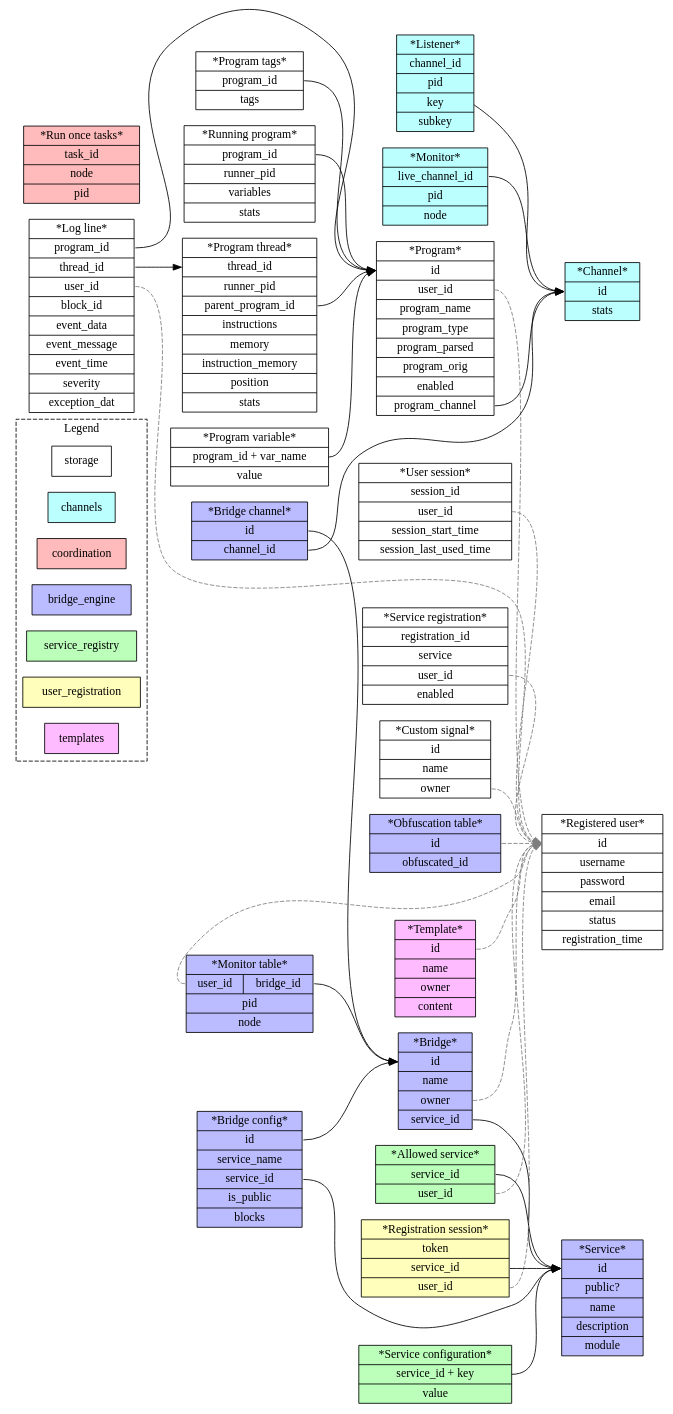
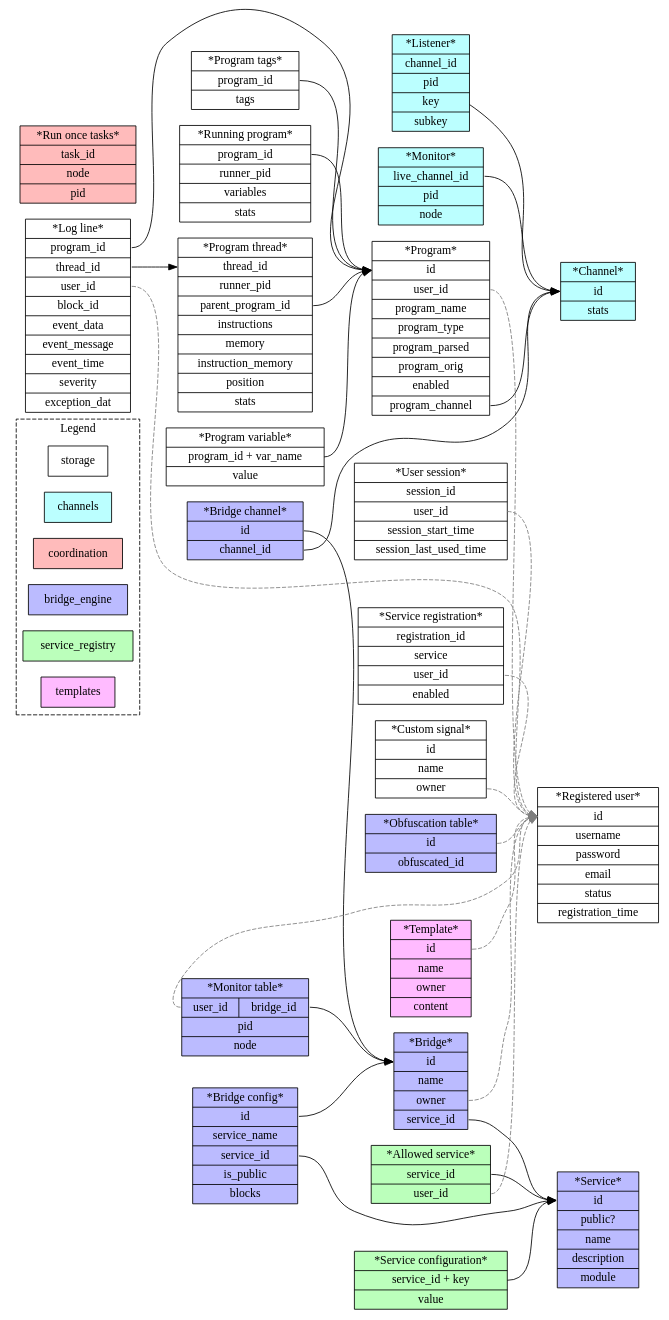
One commit to programaker-project/Programaker-Core changed the diagram in docs/diagrams/db-model.gv. Above: the diagram before and after it, drawn with Graphviz. The commit also changed 7 other files, not shown here.

Commit message:
Remove unused "user registration" module.

```diff
--- a/docs/diagrams/db-model.gv
+++ b/docs/diagrams/db-model.gv
@@ -1,161 +1,150 @@
 digraph g {
   rankdir=LR
   node[shape=record];
   style=dashed;
 
   subgraph cluster_legend {
     label="Legend"
 
     storage;
     channels[style=filled,fillcolor="#bbffff"];
     coordination[style=filled,fillcolor="#ffbbbb"]
     bridge_engine[style=filled,fillcolor="#bbbbff"];
     service_registry[style=filled,fillcolor="#bbffbb"]
-    user_registration[style=filled,fillcolor="#ffffbb"]
     templates[style=filled,fillcolor="#ffbbff"]
   }
 
 
   subgraph group_core_channels {
     label="Channels";
     node[style=filled,fillcolor="#bbffff"];
 
 
     // LIVE_CHANNELS_TABLE | automate_channel_engine_live_channels_table
     live_channels_table_entry[label="*Channel* | <pk> id | stats"];
 
     // LISTENERS_TABLE | automate_channel_engine_listeners_table
     listeners_table_entry[label="*Listener*| <f0> channel_id | pid | key | subkey"];
     listeners_table_entry -> live_channels_table_entry:pk;
 
     // MONITORS_TABLE | automate_channel_engine_monitors_table
     monitors_table_entry[label="*Monitor* | <f0> live_channel_id | pid | node"];
     monitors_table_entry:f0 -> live_channels_table_entry:pk;
   }
 
   subgraph group_core_storage {
     label="Storage";
 
     // REGISTERED_USERS_TABLE | automate_registered_users
     registered_user_entry[label="*Registered user* | <pk> id | username | password | email | status | registration_time"];
 
     // USER_SESSIONS_TABLE | automate_user_sessions
     user_session_entry[label="*User session* | <pk> session_id | <f0> user_id | session_start_time | session_last_used_time"];
     user_session_entry:f0 -> registered_user_entry:pk[style=dashed,color="#7f7f7f"];
 
     // // USER_MONITORS_TABLE | automate_user_monitors
     // monitor_entry[label="*Monitor entry* | <pk> id | <f0> user_id | type | name | value"];
 
     // monitor_entry:f0 -> registered_user_entry:pk[style=dashed,color="#7f7f7f"];
 
     // USER_PROGRAMS_TABLE | automate_user_programs
     user_program_entry[label="*Program* | <pk> id | <f0> user_id | program_name | program_type | program_parsed | program_orig | enabled | <f1> program_channel"];
     user_program_entry:f0 -> registered_user_entry:pk[style=dashed,color="#7f7f7f"];
     user_program_entry:f1 -> live_channels_table_entry:pk;
 
     // USER_PROGRAMS_LOGS_TABLE | automate_user_program_logs
     user_program_logs_entry[label="*Log line* | <f0> program_id | <f1> thread_id | <f2> user_id | block_id | event_data | event_message | event_time | severity | exception_dat"];
     user_program_logs_entry:f0 -> user_program_entry:pk;
     user_program_logs_entry:f2 -> registered_user_entry:pk[style=dashed,color="#7f7f7f"];
 
     // PROGRAM_TAGS_TABLE | automate_program_tags
     program_tags_entry[label="*Program tags* | <f0> program_id | tags"];
     program_tags_entry:f0 -> user_program_entry:pk;
 
     // RUNNING_PROGRAMS_TABLE | automate_running_programs
     running_program_entry[label="*Running program*| <f0> program_id | runner_pid | variables | stats"];
     running_program_entry:f0 -> user_program_entry:pk;
 
     // RUNNING_THREADS_TABLE | automate_running_program_threads
     running_program_thread_entry[label="*Program thread* | <pk> thread_id | runner_pid | <f0> parent_program_id | instructions | memory | instruction_memory | position | stats"];
     user_program_logs_entry:f1 -> running_program_thread_entry:pk;
     running_program_thread_entry:f0 -> user_program_entry:pk;
 
     // REGISTERED_SERVICES_TABLE | automate_registered_services
     registered_service_entry[label="*Service registration* | <pk> registration_id | <f0> service |  <f1> user_id | enabled"];
     registered_service_entry:f1 -> registered_user_entry:pk[style=dashed,color="#7f7f7f"];
 
     // PROGRAM_VARIABLE_TABLE | automate_program_variable_table
     program_variable_table_entry[label="*Program variable* | <f0> program_id + var_name | value"];
     program_variable_table_entry:f0 -> user_program_entry:pk;  // Not sure if user program or running program
 
     // CUSTOM_SIGNALS_TABLE | automate_custom_signals_table
     custom_signal_entry[label="*Custom signal* | <pk> id | name | <f0> owner"];
     custom_signal_entry:f0 -> registered_user_entry:pk[style=dashed,color="#7f7f7f"];
   }
 
   subgraph group_coordination {
     label="Coordination";
     node[style=filled,fillcolor="#ffbbbb"];
 
     // RUN_ONCE_TASKS_TABLE | automate_coordination_run_once_tasks
     run_once_tasks_table_entry[label="*Run once tasks* | <pk> task_id | node | pid"]
   }
 
   subgraph group_bridges {
     label="Bridge engine";
 
     node[style=filled,fillcolor="#bbbbff"]
 
     // SERVICE_PORT_TABLE | automate_service_port_table
     service_port_entry[label="*Bridge* | <pk> id | name | <f0> owner | <f1> service_id"]
     service_port_entry:f0 -> registered_user_entry:pk[style=dashed,color="#7f7f7f"];
     service_port_entry:f1 -> services_table_entry:pk;
 
     // SERVICE_PORT_CONFIGURATION_TABLE | automate_service_port_configuration_table
     service_port_configuration[label="*Bridge config* | <pk> id | service_name | <f0> service_id | is_public | blocks"]
     service_port_configuration:pk -> service_port_entry:pk;
     service_port_configuration:f0 -> services_table_entry:pk
 
 
     // SERVICE_PORT_USERID_OBFUSCATION_TABLE | automate_service_port_userid_obfuscation_table
     service_port_user_obfusction_entry[label="*Obfuscation table* | <pk> id | <f0> obfuscated_id"]
     service_port_user_obfusction_entry:pk -> registered_user_entry:pk[style=dashed,color="#7f7f7f"];
 
     // SERVICE_PORT_CHANNEL_TABLE | automate_service_port_channel_table
     service_port_monitor_channel_entry[label="*Bridge channel* | <pk> id | <f0> channel_id"]
     service_port_monitor_channel_entry:pk -> service_port_entry:pk;
     service_port_monitor_channel_entry:f0 -> live_channels_table_entry:pk;
 
     // SERVICE_PORT_CHANNEL_MONITORS_TABLE | automate_service_port_channel_monitors_table
     channel_monitor_table_entry[label="*Monitor table* | {<f0> user_id|<f1> bridge_id} | pid | node"]
     channel_monitor_table_entry:f0 -> registered_user_entry:pk[style=dashed,color="#7f7f7f"];
     channel_monitor_table_entry:f1 -> service_port_entry:pk
   }
 
   subgraph group_core_services {
     label="Service registry";
     node[style=filled,fillcolor="#bbffbb"]
 
     // SERVICE_REGISTRY_TABLE | automate_service_registry_services_table
     services_table_entry[label="*Service* | <pk> id | public? | name | description | module"];
 
     // USER_SERVICE_ALLOWANCE_TABLE | automate_service_registry_user_service_allowance_table
     user_service_allowance_entry[label="*Allowed service*| <f0> service_id | <f1> user_id"];
     user_service_allowance_entry:f0 -> services_table_entry:pk;
     user_service_allowance_entry:f1 -> registered_user_entry:pk[style=dashed,color="#7f7f7f"];
 
     // SERVICE_CONFIGURATION_TABLE | automate_service_registry_service_configuration_table
     service_configuration_entry[label="*Service configuration* | <pk> service_id + key | value "];
     service_configuration_entry:pk -> services_table_entry:pk;
   }
 
-  subgraph group_core_user_service_registration {
-    label="User registration in service";
-    node[style=filled,fillcolor="#ffffbb"]
-
-    // SERVICE_REGISTRATION_TOKEN_TABLE | automate_service_registration_token_table
-    service_registration_token[label="*Registration session* | <pk> token | <f0> service_id | <f1> user_id"];
-    service_registration_token:f0 -> services_table_entry:pk;
-    service_registration_token:f1 -> registered_user_entry:pk[style=dashed,color="#7f7f7f"];
-  }
-
   subgraph group_core_template_engine {
     label="Template engine"
     node[style=filled,fillcolor="#ffbbff"]
 
     // TEMPLATE_TABLE | automate_template_engine_templates_table
     template_entry[label="*Template* | <pk> id | name | <f0> owner | content"]
     template_entry:pk -> registered_user_entry:pk[style=dashed,color="#7f7f7f"];
   }
 }
```
